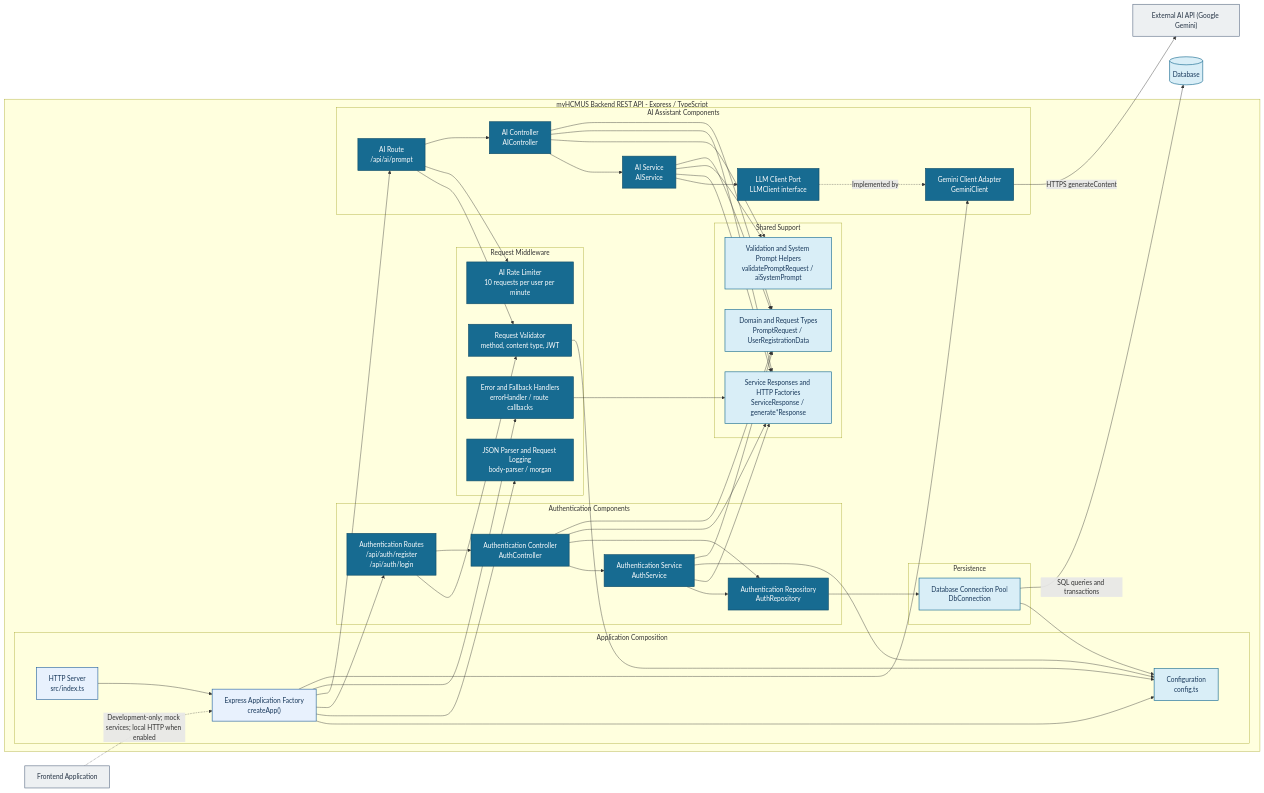
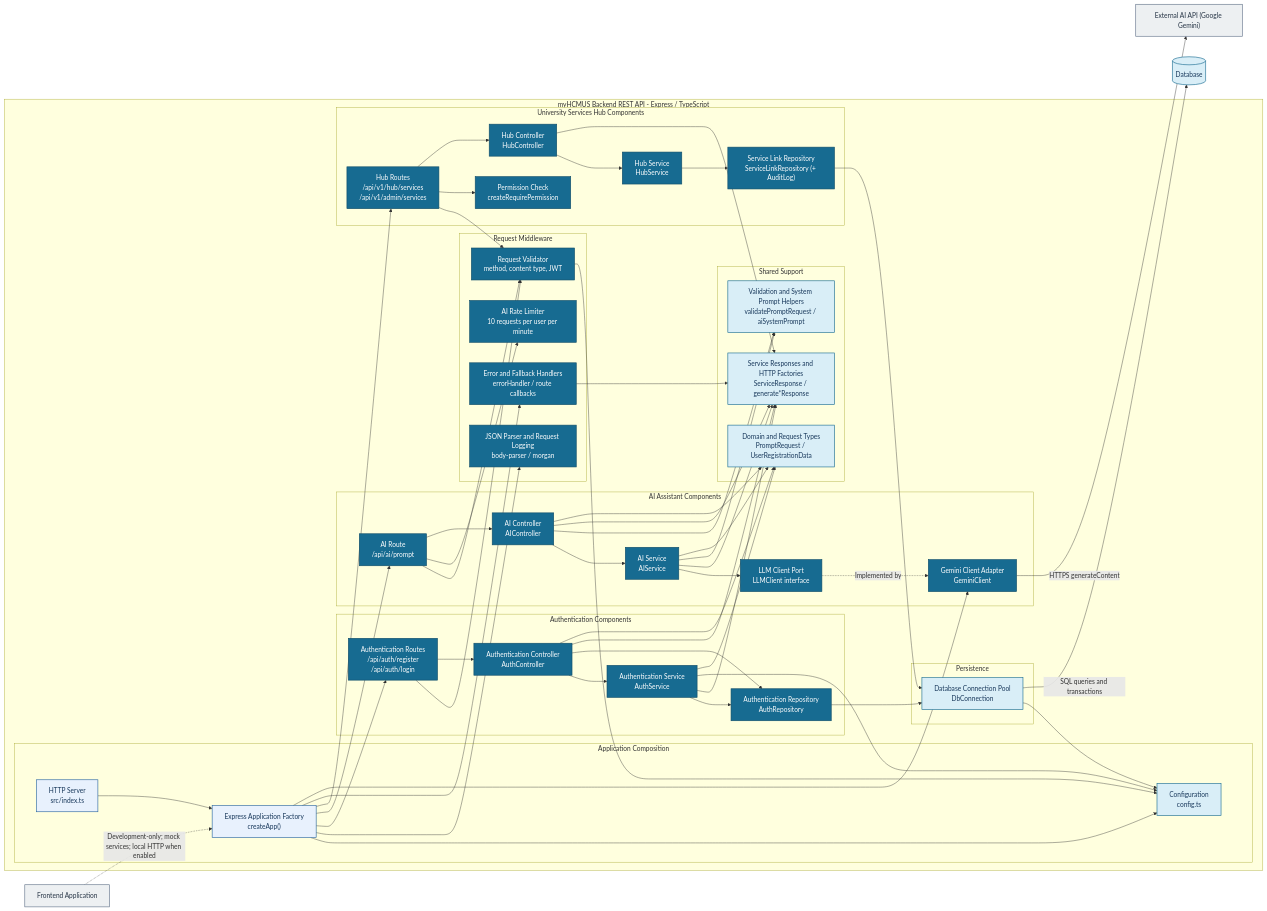
One commit to APCSk24-CS300/cs300-project changed the diagram in docs/analysis-and-design/be/component-diagram-be.md. Above: the diagram before and after it, drawn with Mermaid. The commit also changed other lines of this file and 3 other files, not shown here.

Commit message:
docs: record hub API gap and update component diagrams and student page

```diff
--- a/docs/analysis-and-design/be/component-diagram-be.md
+++ b/docs/analysis-and-design/be/component-diagram-be.md
@@ -72,6 +73,14 @@
             GeminiClient["Gemini Client Adapter<br/>GeminiClient"]
         end
 
+        subgraph Hub["University Services Hub Components"]
+            HubRoutes["Hub Routes<br/>/api/v1/hub/services<br/>/api/v1/admin/services"]
+            HubController["Hub Controller<br/>HubController"]
+            HubService["Hub Service<br/>HubService"]
+            ServiceLinkRepository["Service Link Repository<br/>ServiceLinkRepository (+ AuditLog)"]
+            RequirePermission["Permission Check<br/>createRequirePermission"]
+        end
+
         subgraph Shared["Shared Support"]
             Types["Domain and Request Types<br/>PromptRequest / UserRegistrationData"]
             Responses["Service Responses and HTTP Factories<br/>ServiceResponse / generate*Response"]
@@ -87,6 +96,7 @@
         App --> Parser
         App --> AuthRoutes
         App --> AIRoutes
+        App --> HubRoutes
         App --> ErrorHandling
 
         AuthRoutes --> Validator
@@ -94,6 +104,13 @@
         AIRoutes --> Validator
         AIRoutes --> RateLimit
         AIRoutes --> AIController
+        HubRoutes --> Validator
+        HubRoutes --> RequirePermission
+        HubRoutes --> HubController
+        HubController --> HubService
+        HubController --> Responses
+        HubService --> ServiceLinkRepository
+        ServiceLinkRepository --> DbConnection
 
         AuthController --> AuthService
         AuthController --> AuthRepository
@@ -135,7 +152,7 @@
     classDef external fill:#EDF0F2,stroke:#64748B,color:#263445,stroke-width:1.5px;
 
     class Server,App entry;
-    class Parser,Validator,RateLimit,ErrorHandling,AuthRoutes,AuthController,AuthService,AuthRepository,AIRoutes,AIController,AIService,LLMPort,GeminiClient component;
+    class Parser,Validator,RateLimit,ErrorHandling,AuthRoutes,AuthController,AuthService,AuthRepository,AIRoutes,AIController,AIService,LLMPort,GeminiClient,HubRoutes,HubController,HubService,ServiceLinkRepository,RequirePermission component;
     class Config,Types,Responses,Helpers,DbConnection support;
     class Database datastore;
     class Frontend,Gemini external;
```
